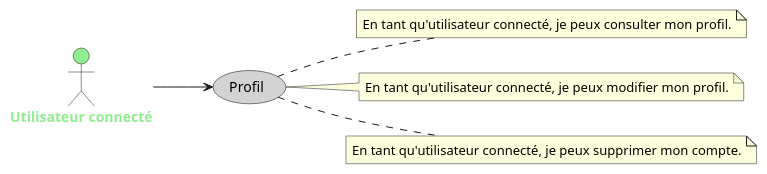
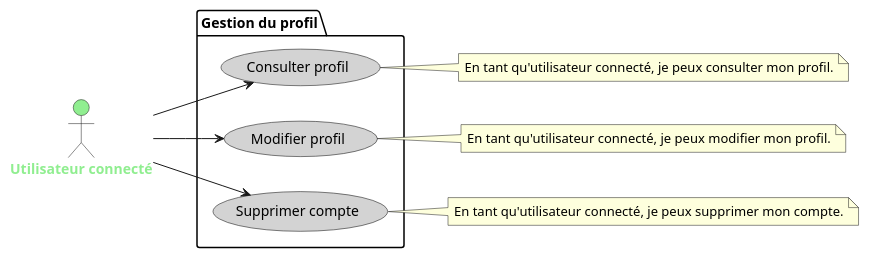
Before and after one commit to fledgless/Fortuna-Nexus: the diagram in public/conception/diagrams/user stories/UserProfile.puml, drawn with PlantUML. The commit also changed 9 other files, not shown here.

```diff
--- a/public/conception/diagrams/user stories/UserProfile.puml
+++ b/public/conception/diagrams/user stories/UserProfile.puml
@@ -1,28 +1,33 @@
 @startuml UserStoryUserProfile
 
 left to right direction
 skinparam actorFontStyle bold
 skinparam usecase {
     BackgroundColor YellowGreen
     BorderColor Black
 }
 
 actor "Utilisateur connecté" as U #LightGreen;text:LightGreen
-
-usecase "Profil" as P #LightGray;text:Black
+package "Gestion du profil" {
+    usecase "Consulter profil" as Cp #LightGray;text:Black
+    usecase "Modifier profil" as Mp #LightGray;text:Black
+    usecase "Supprimer compte" as Scp #LightGray;text:Black
+}
 
 ' Relations entre acteurs et cas d'utilisation
-U --> P
+U --> Cp
+U --> Mp
+U --> Scp
 
 ' Description des cas d'utilisation
-note right of P
+note right of Cp
     En tant qu'utilisateur connecté, je peux consulter mon profil.
 end note
-note right of P
+note right of Mp
     En tant qu'utilisateur connecté, je peux modifier mon profil.
 end note
-note right of P
+note right of Scp
     En tant qu'utilisateur connecté, je peux supprimer mon compte.
 end note
 
 @enduml
```
